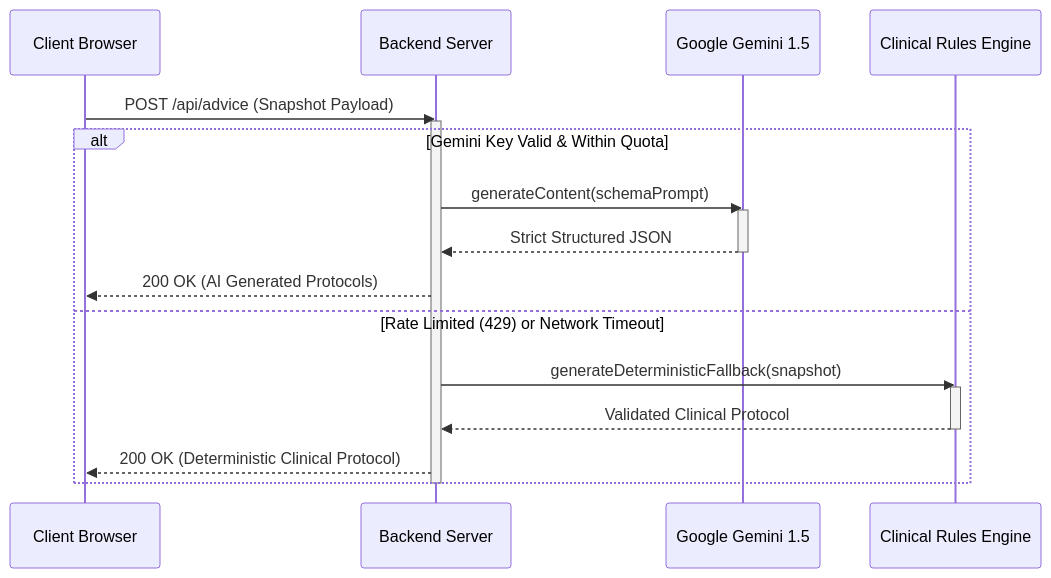
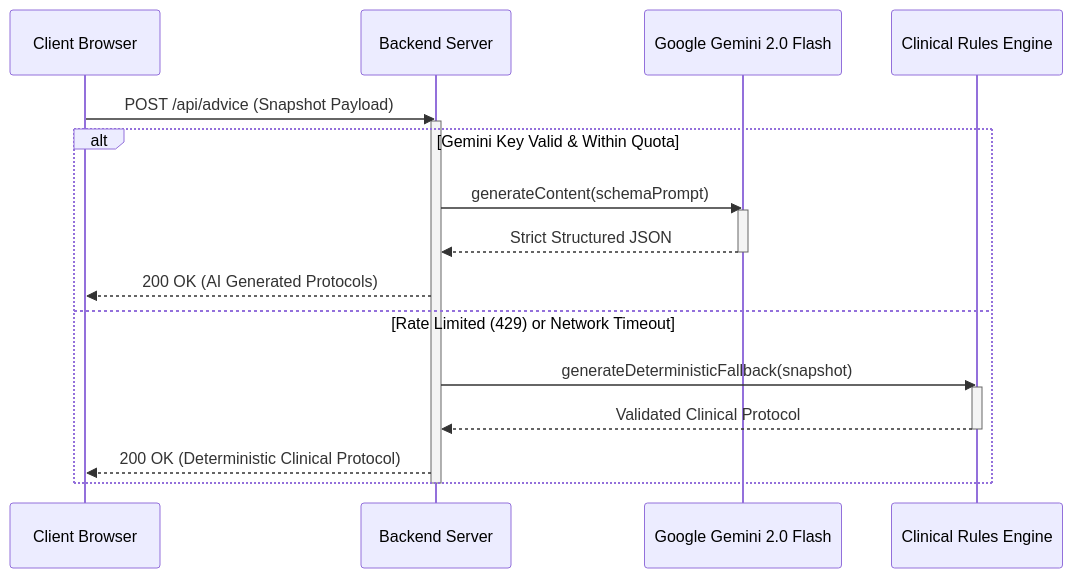
One commit to salonithebest/urban-air-quality-assistant changed the second of 2 diagrams in ARCHITECTURE.md. Above: the diagram before and after it, drawn with Mermaid. The commit also changed other lines of this file and 12 other files, not shown here.

````diff
--- a/ARCHITECTURE.md
+++ b/ARCHITECTURE.md
@@ -79,24 +79,24 @@
 ```mermaid
 sequenceDiagram
     participant User as Client Browser
     participant Express as Backend Server
-    participant Gemini as Google Gemini 1.5
+    participant Gemini as Google Gemini 2.0 Flash
     participant Fallback as Clinical Rules Engine
 
     User->>Express: POST /api/advice (Snapshot Payload)
     activate Express
     alt Gemini Key Valid & Within Quota
         Express->>Gemini: generateContent(schemaPrompt)
         activate Gemini
         Gemini-->>Express: Strict Structured JSON
         deactivate Gemini
         Express-->>User: 200 OK (AI Generated Protocols)
     else Rate Limited (429) or Network Timeout
         Express->>Fallback: generateDeterministicFallback(snapshot)
         activate Fallback
         Fallback-->>Express: Validated Clinical Protocol
         deactivate Fallback
         Express-->>User: 200 OK (Deterministic Clinical Protocol)
     end
     deactivate Express
 ```
````
